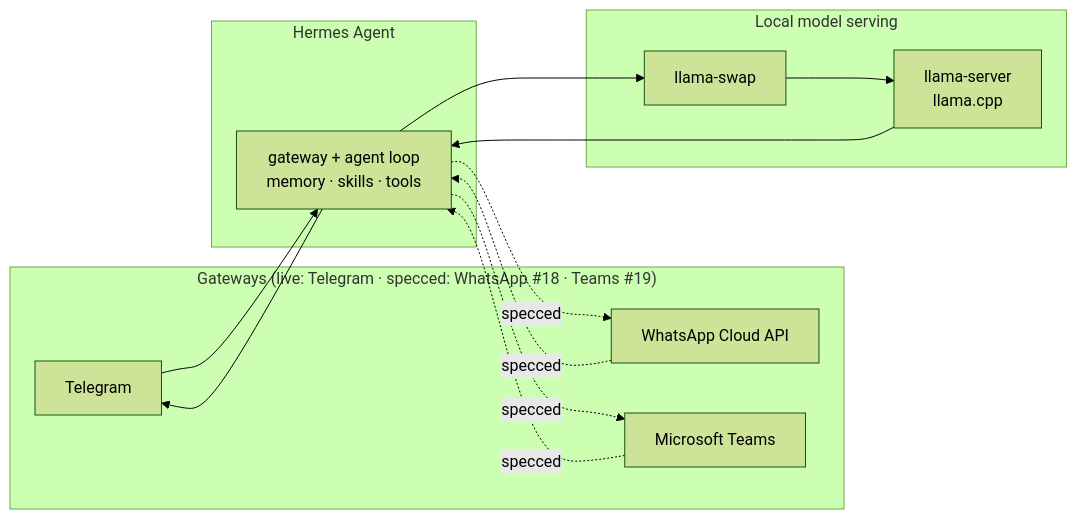
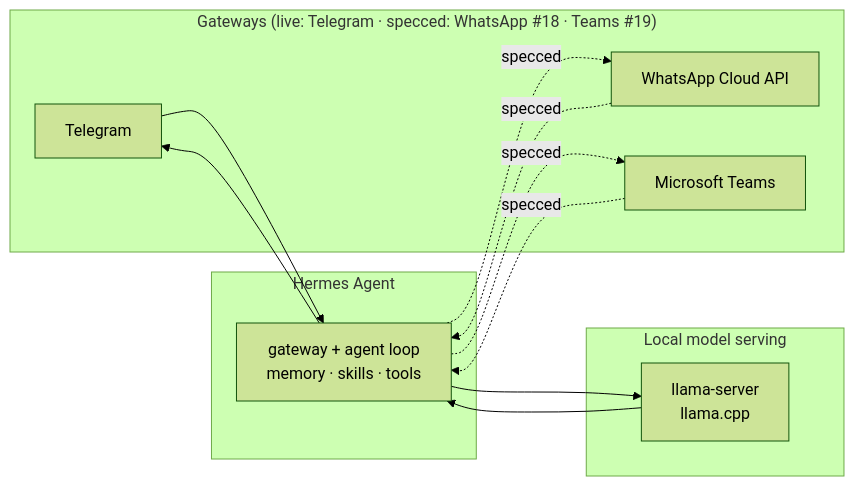
Before and after one commit to ka8t/Hermes: the first of 6 diagrams in docs/ARCHITECTURE.md, drawn with Mermaid (forest theme). The commit also changed other lines of this file and 18 other files, not shown here.

````diff
--- a/docs/ARCHITECTURE.md
+++ b/docs/ARCHITECTURE.md
@@ -36,27 +36,25 @@
 ```mermaid
 graph LR
     subgraph Channels["Gateways (live: Telegram · specced: WhatsApp #18 · Teams #19)"]
         TG[Telegram]
         WA[WhatsApp Cloud API]
         TM[Microsoft Teams]
     end
 
     subgraph Orchestrator["Hermes Agent"]
         H[gateway + agent loop<br/>memory · skills · tools]
     end
 
     subgraph Inference["Local model serving"]
-        LS[llama-swap]
         LC[llama-server<br/>llama.cpp]
     end
 
     TG --> H
     WA -. specced .-> H
     TM -. specced .-> H
-    H --> LS
-    LS --> LC
+    H --> LC
     LC --> H
     H --> TG
     H -. specced .-> WA
     H -. specced .-> TM
 ```
````
